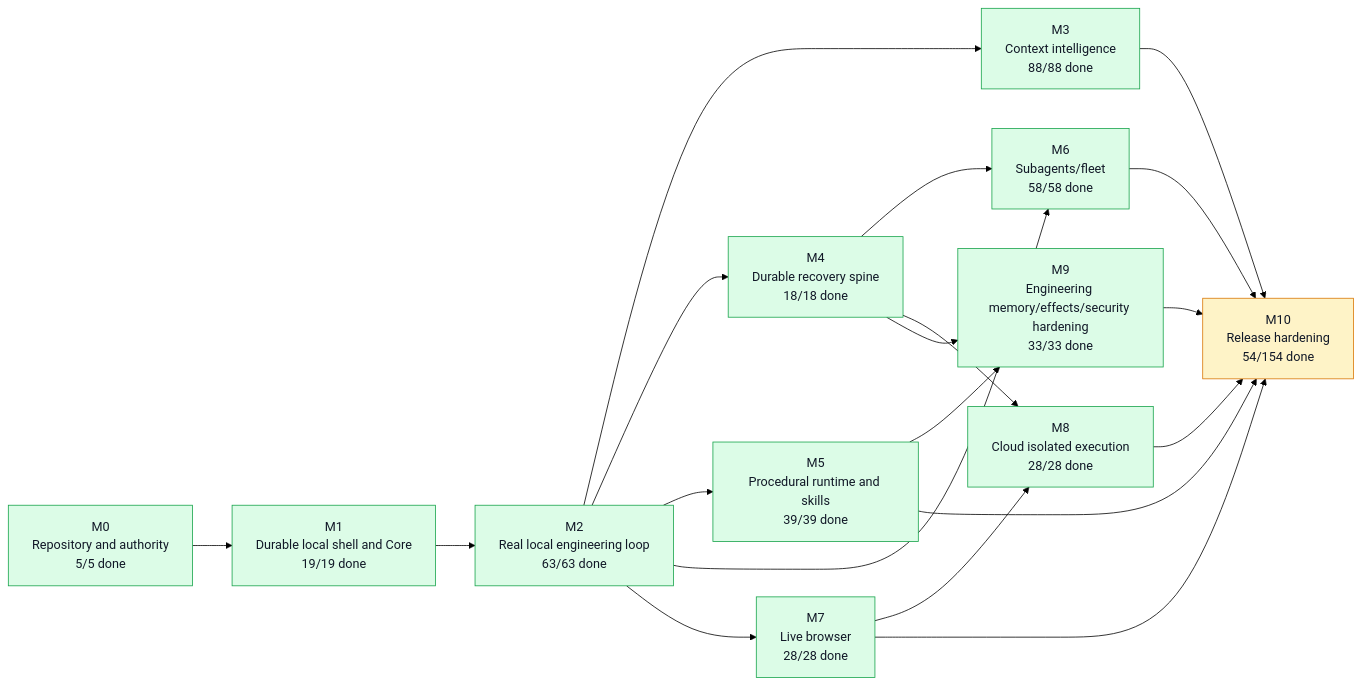
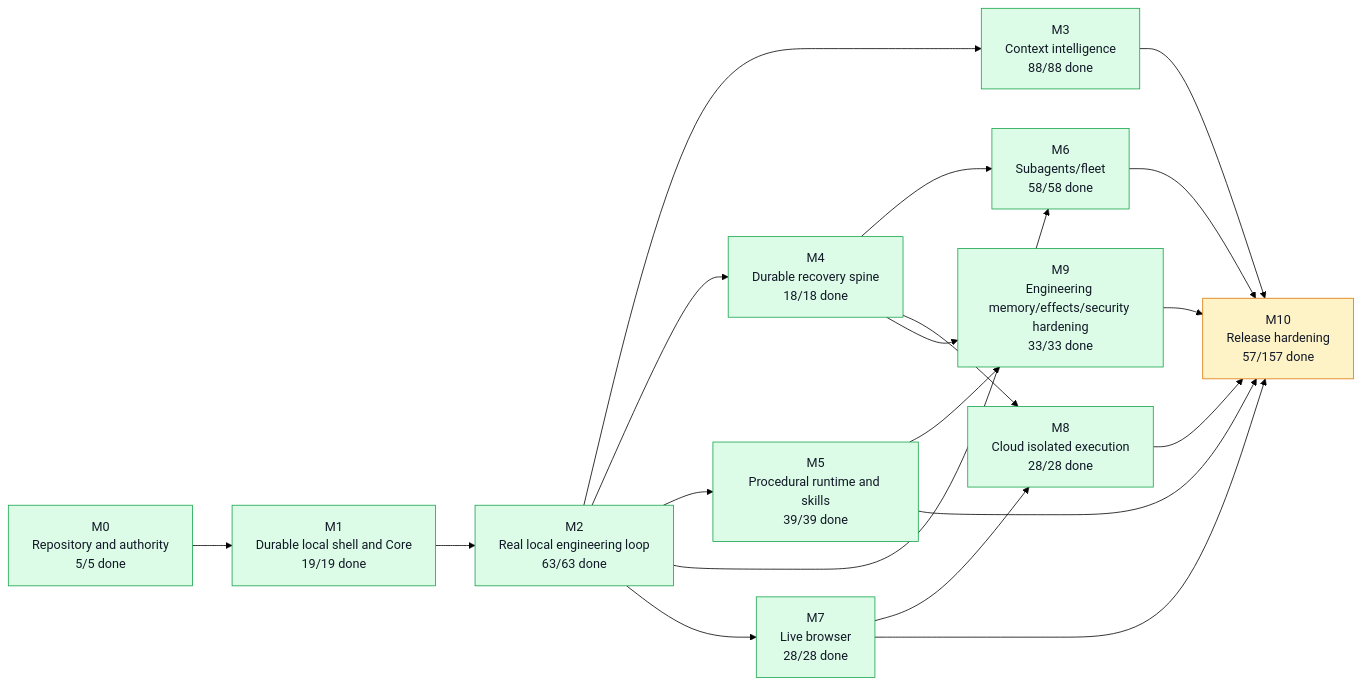
The first of 5 diagrams in graph/PROJECT_GRAPH.md (moss101/modbit), drawn with Mermaid (forest theme) before and after one commit. The commit also changed other lines of this file and 65 other files, not shown here.

````diff
--- a/graph/PROJECT_GRAPH.md
+++ b/graph/PROJECT_GRAPH.md
@@ -57,43 +57,43 @@
 ```mermaid
 flowchart LR
   M0["M0<br/>Repository and authority<br/>5/5 done"]
   M1["M1<br/>Durable local shell and Core<br/>19/19 done"]
   M2["M2<br/>Real local engineering loop<br/>63/63 done"]
   M3["M3<br/>Context intelligence<br/>88/88 done"]
   M4["M4<br/>Durable recovery spine<br/>18/18 done"]
   M5["M5<br/>Procedural runtime and skills<br/>39/39 done"]
   M6["M6<br/>Subagents/fleet<br/>58/58 done"]
   M7["M7<br/>Live browser<br/>28/28 done"]
   M8["M8<br/>Cloud isolated execution<br/>28/28 done"]
   M9["M9<br/>Engineering memory/effects/security hardening<br/>33/33 done"]
-  M10["M10<br/>Release hardening<br/>54/154 done"]
+  M10["M10<br/>Release hardening<br/>57/157 done"]
   M0 --> M1
   M1 --> M2
   M2 --> M3
   M2 --> M4
   M2 --> M5
   M2 --> M6
   M4 --> M6
   M2 --> M7
   M4 --> M8
   M7 --> M8
   M4 --> M9
   M5 --> M9
   M3 --> M10
   M5 --> M10
   M6 --> M10
   M7 --> M10
   M8 --> M10
   M9 --> M10
   style M0 fill:#dcfce7,stroke:#16a34a,color:#111827
   style M1 fill:#dcfce7,stroke:#16a34a,color:#111827
   style M2 fill:#dcfce7,stroke:#16a34a,color:#111827
   style M3 fill:#dcfce7,stroke:#16a34a,color:#111827
   style M4 fill:#dcfce7,stroke:#16a34a,color:#111827
   style M5 fill:#dcfce7,stroke:#16a34a,color:#111827
   style M6 fill:#dcfce7,stroke:#16a34a,color:#111827
   style M7 fill:#dcfce7,stroke:#16a34a,color:#111827
   style M8 fill:#dcfce7,stroke:#16a34a,color:#111827
   style M9 fill:#dcfce7,stroke:#16a34a,color:#111827
   style M10 fill:#fef3c7,stroke:#d97706,color:#111827
 ```
````
